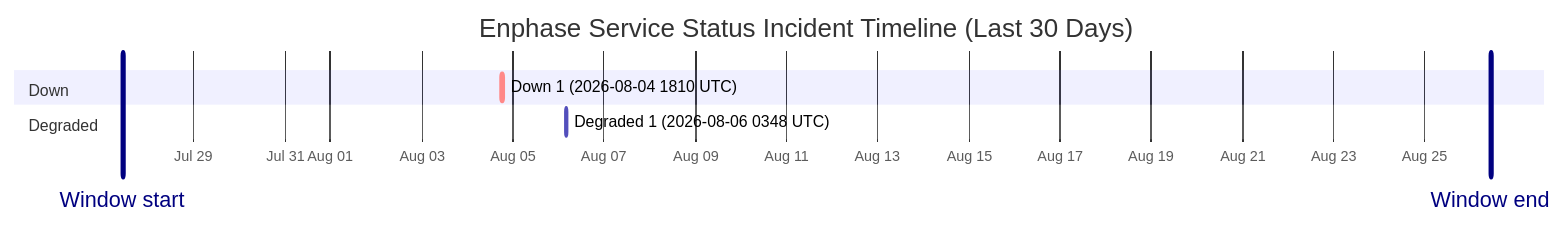
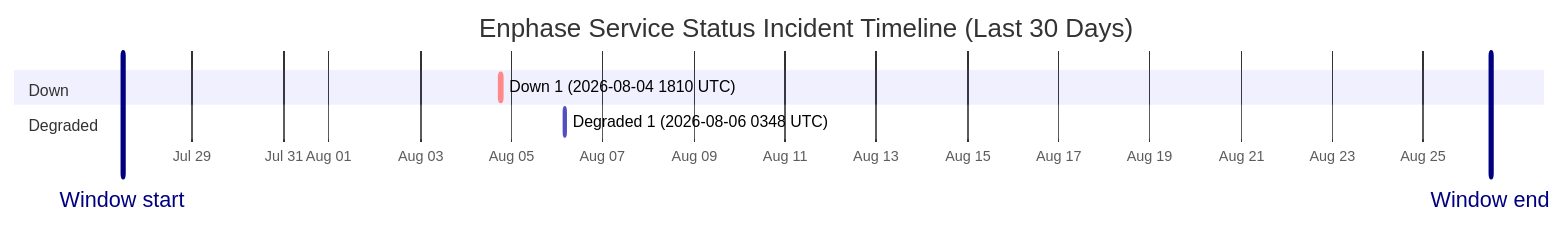
The diagram in wiki/Service-Status-History.md (barneyonline/ha-enphase-energy), drawn with Mermaid before and after one commit. The commit also changed other lines of this file and 3 other files, not shown here.

````diff
--- a/wiki/Service-Status-History.md
+++ b/wiki/Service-Status-History.md
@@ -14,12 +14,12 @@
 ```mermaid
 gantt
     title Enphase Service Status Incident Timeline (Last 30 Days)
     dateFormat  YYYY-MM-DDTHH:mm:ss
     axisFormat  %b %d
-    Window start :vert, window-start, 2026-07-27T10:32:40, 0ms
-    Window end :vert, window-end, 2026-08-26T10:32:40, 0ms
+    Window start :vert, window-start, 2026-07-27T11:27:12, 0ms
+    Window end :vert, window-end, 2026-08-26T11:27:12, 0ms
     section Down
     Down 1 (2026-08-04 1810 UTC) :crit, down-1, 2026-08-04T18:10:46, 60m
     section Degraded
     Degraded 1 (2026-08-06 0348 UTC) :active, degraded-1, 2026-08-06T03:48:14, 60m
 ```
````
